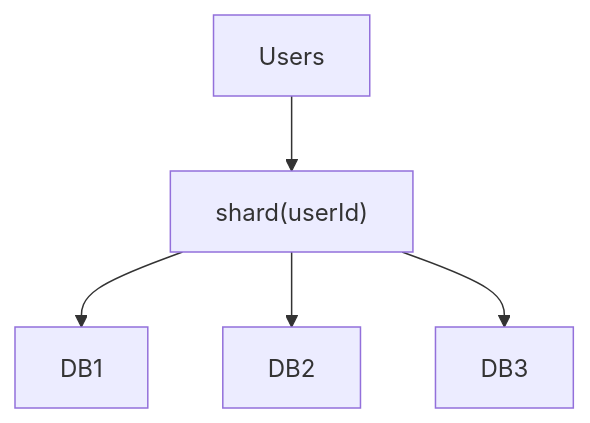
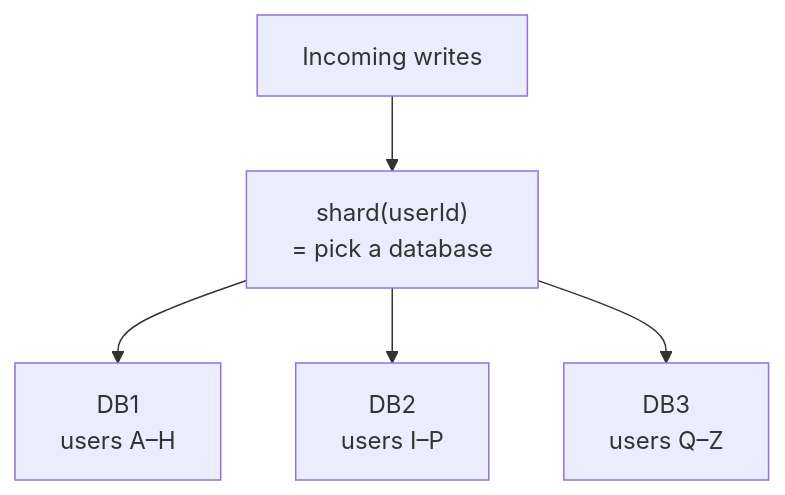
The tenth of 27 diagrams in files/08-edge-cases/Tier-5-High-Scale-Architecture.md (pankajThakur1874/studysheet), drawn with Mermaid before and after one commit. The commit also changed other lines of this file and 5 other files, not shown here.

````diff
--- a/files/08-edge-cases/Tier-5-High-Scale-Architecture.md
+++ b/files/08-edge-cases/Tier-5-High-Scale-Architecture.md
@@ -177,7 +452,7 @@
 ```mermaid
 flowchart TD
-    Users["Users"] --> Shard["shard(userId)"]
-    Shard --> DB1["DB1"]
-    Shard --> DB2["DB2"]
-    Shard --> DB3["DB3"]
+    Users["Incoming writes"] --> Shard["shard(userId)<br/>= pick a database"]
+    Shard --> DB1["DB1<br/>users A–H"]
+    Shard --> DB2["DB2<br/>users I–P"]
+    Shard --> DB3["DB3<br/>users Q–Z"]
 ```
````
